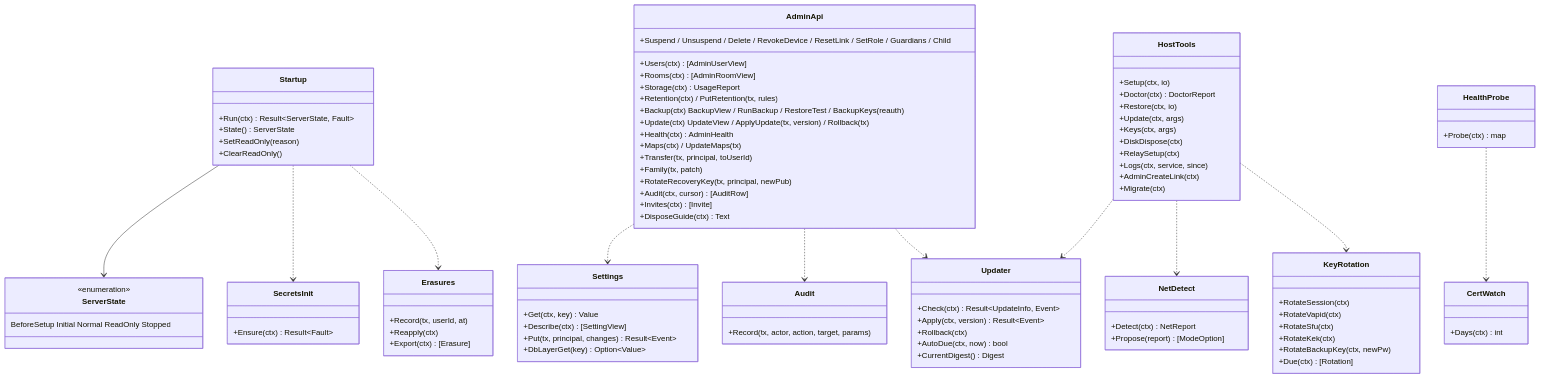
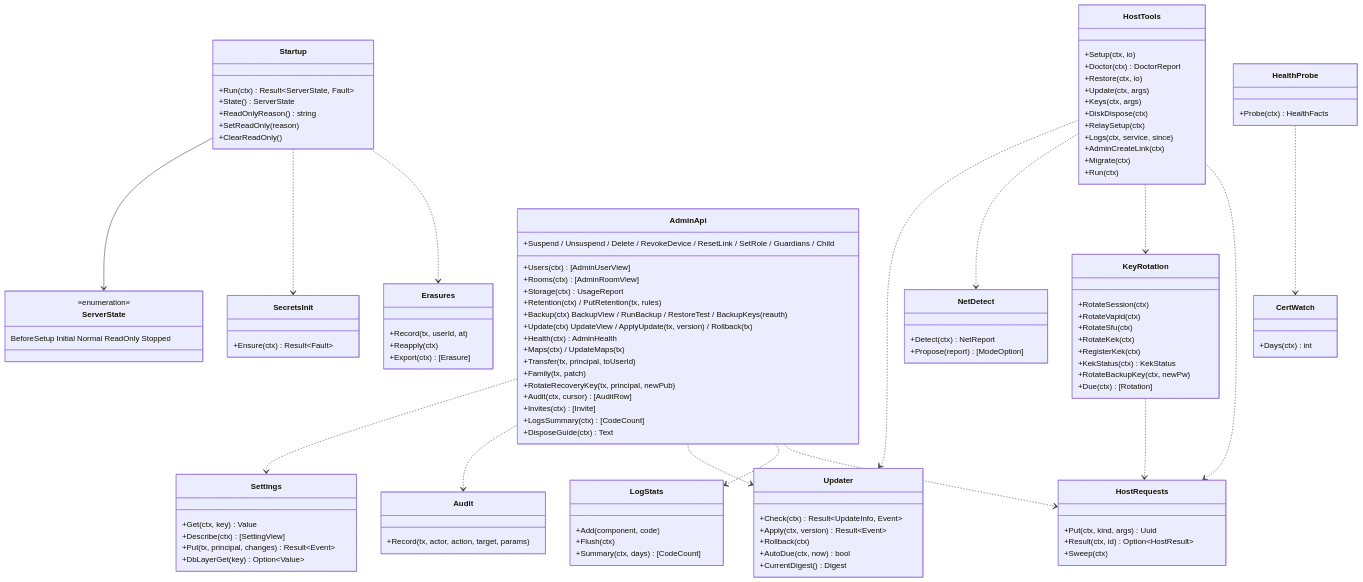
One commit to nrsd-ishikawasou/family-talk-pwa changed the diagram in dev/docs/jp/ブロック/srv-admin.md. Above: the diagram before and after it, drawn with Mermaid. The commit also changed other lines of this file and 290 other files, not shown here.

````diff
--- a/dev/docs/jp/ブロック/srv-admin.md
+++ b/dev/docs/jp/ブロック/srv-admin.md
@@ -24,6 +70,7 @@
   class Startup {
     +Run(ctx) Result~ServerState, Fault~
     +State() ServerState
+    +ReadOnlyReason() string
     +SetReadOnly(reason)
     +ClearReadOnly()
   }
@@ -39,6 +86,8 @@
     +RotateVapid(ctx)
     +RotateSfu(ctx)
     +RotateKek(ctx)
+    +RegisterKek(ctx)
+    +KekStatus(ctx) KekStatus
     +RotateBackupKey(ctx, newPw)
     +Due(ctx) [Rotation]
   }
@@ -63,6 +112,7 @@
     +RotateRecoveryKey(tx, principal, newPub)
     +Audit(ctx, cursor) [AuditRow]
     +Invites(ctx) [Invite]
+    +LogsSummary(ctx) [CodeCount]
     +DisposeGuide(ctx) Text
   }
   class Audit {
@@ -91,6 +141,12 @@
     +Logs(ctx, service, since)
     +AdminCreateLink(ctx)
     +Migrate(ctx)
+    +Run(ctx)
+  }
+  class HostRequests {
+    +Put(ctx, kind, args) Uuid
+    +Result(ctx, id) Option~HostResult~
+    +Sweep(ctx)
   }
   class NetDetect {
     +Detect(ctx) NetReport
@@ -100,7 +156,12 @@
     +Days(ctx) int
   }
   class HealthProbe {
-    +Probe(ctx) map
+    +Probe(ctx) HealthFacts
+  }
+  class LogStats {
+    +Add(component, code)
+    +Flush(ctx)
+    +Summary(ctx, days) [CodeCount]
   }
   Startup --> ServerState
   Startup ..> SecretsInit
@@ -108,8 +169,12 @@
   AdminApi ..> Settings
   AdminApi ..> Audit
   AdminApi ..> Updater
+  AdminApi ..> LogStats
   HostTools ..> Updater
   HostTools ..> NetDetect
   HostTools ..> KeyRotation
+  HostTools ..> HostRequests
+  AdminApi ..> HostRequests
+  KeyRotation ..> HostRequests
   HealthProbe ..> CertWatch
 ```
````
